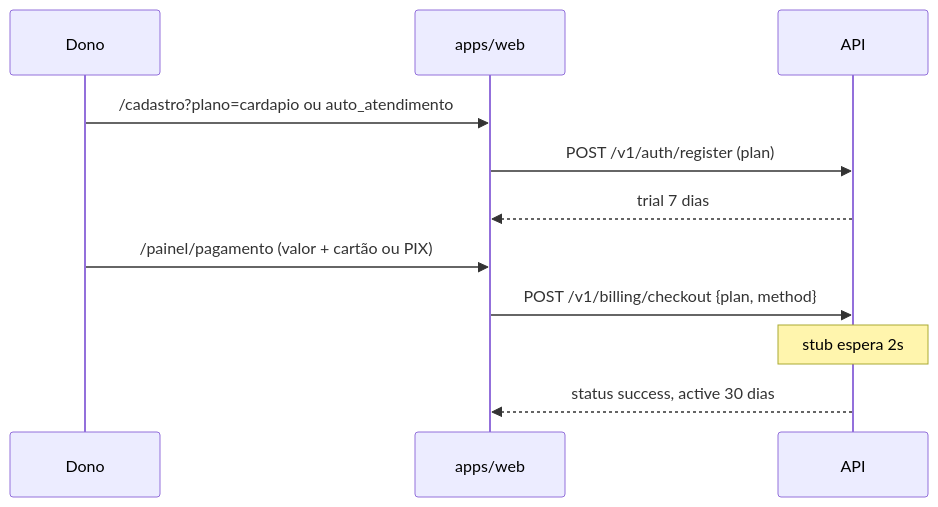
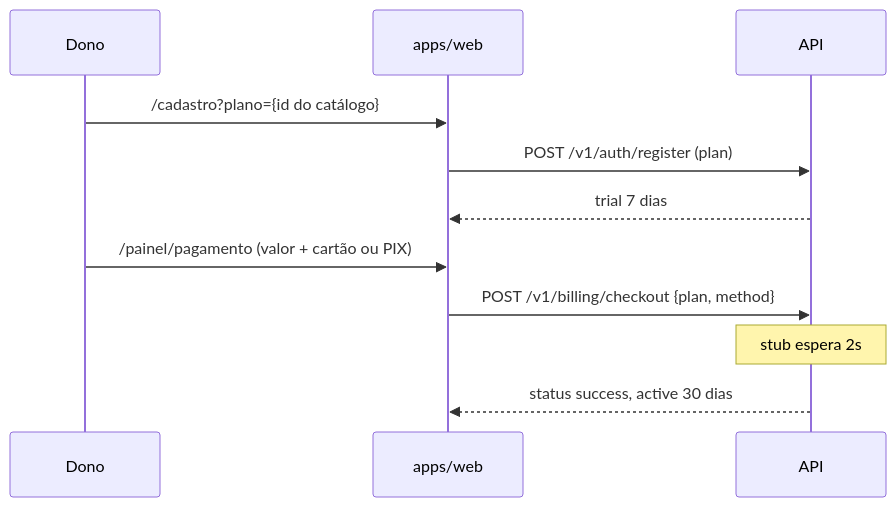
The seventh of 7 diagrams in docs/product/fluxos.md (filiperamosds/eaimesa), drawn with Mermaid before and after one commit. The commit also changed other lines of this file and 40 other files, not shown here.

````diff
--- a/docs/product/fluxos.md
+++ b/docs/product/fluxos.md
@@ -171,14 +171,14 @@
 ```mermaid
 sequenceDiagram
   participant D as Dono
   participant W as apps/web
   participant API as API
 
-  D->>W: /cadastro?plano=cardapio ou auto_atendimento
+  D->>W: /cadastro?plano={id do catálogo}
   W->>API: POST /v1/auth/register (plan)
   API-->>W: trial 7 dias
   D->>W: /painel/pagamento (valor + cartão ou PIX)
   W->>API: POST /v1/billing/checkout {plan, method}
   Note over API: stub espera 2s
   API-->>W: status success, active 30 dias
 ```
````
